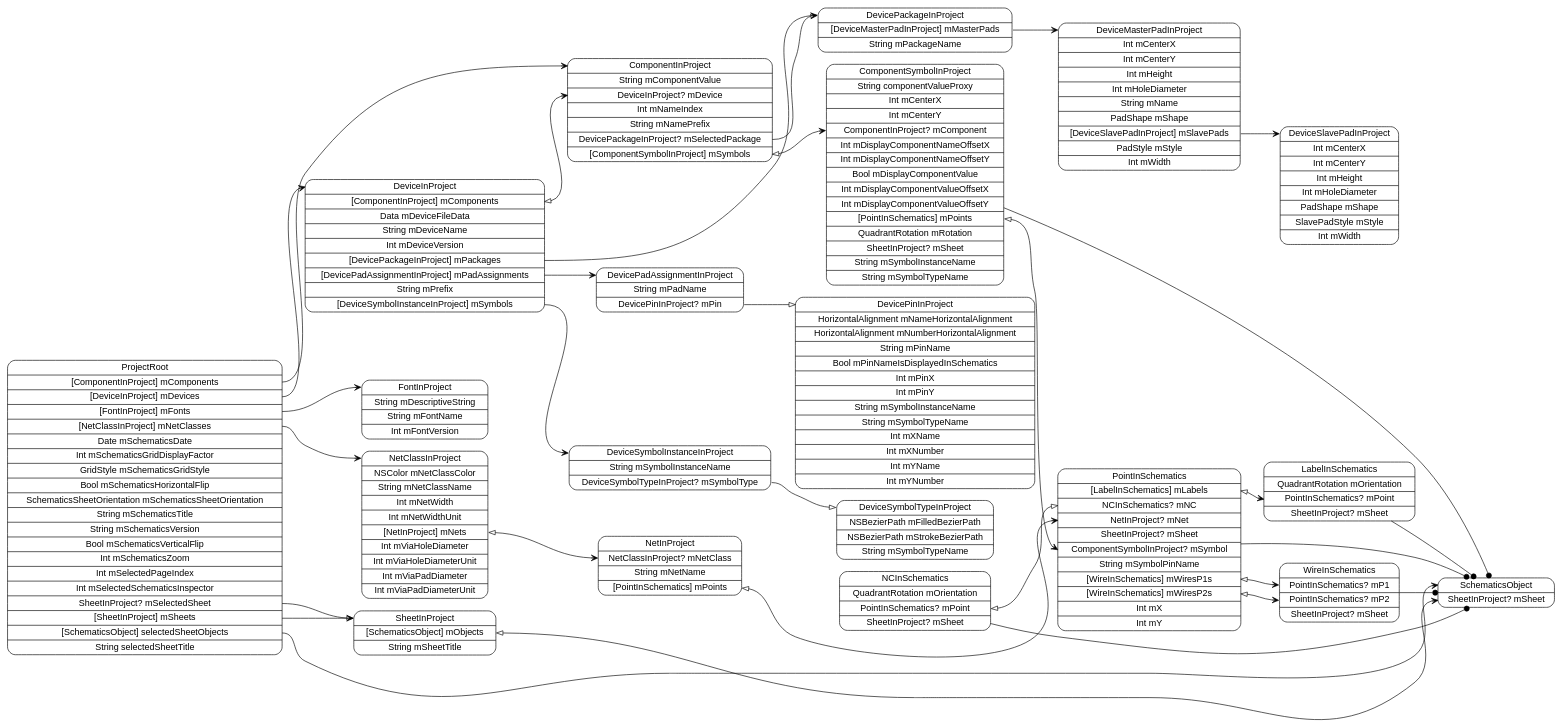
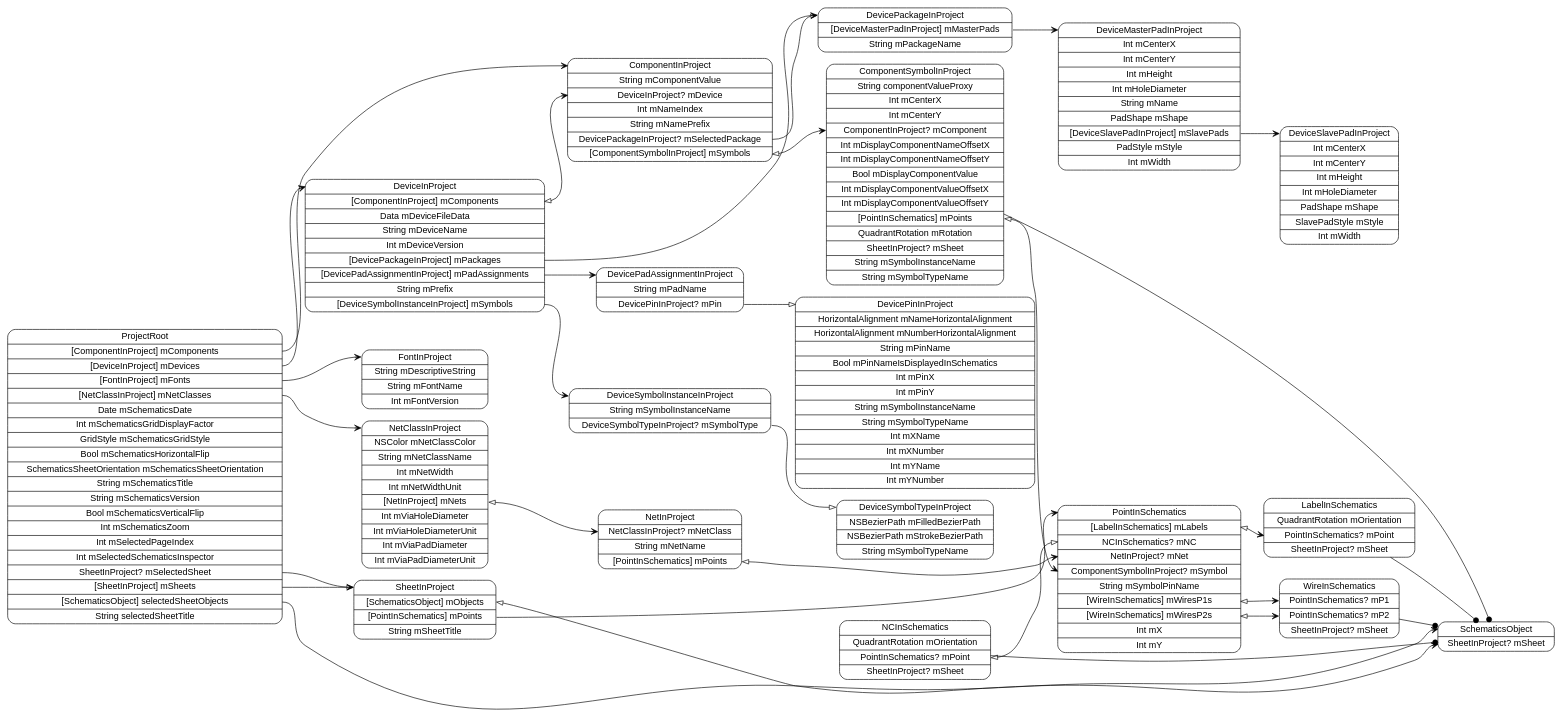
The diagram in models/ProjectRoot.dot (pierremolinaro/ElCanari-dev), drawn with Graphviz before and after one commit. The commit also changed 28 other files, not shown here.

Commit message:
Labels in schematics and nets

```diff
--- a/models/ProjectRoot.dot
+++ b/models/ProjectRoot.dot
@@ -1,54 +1,54 @@
 digraph G {
   rankdir=LR ;
   node [shape=record fontname=helvetica style=rounded] ;
   ProjectRoot[label="<ProjectRoot>ProjectRoot|<mComponents>[ComponentInProject] mComponents|<mDevices>[DeviceInProject] mDevices|<mFonts>[FontInProject] mFonts|<mNetClasses>[NetClassInProject] mNetClasses|Date mSchematicsDate|Int mSchematicsGridDisplayFactor|GridStyle mSchematicsGridStyle|Bool mSchematicsHorizontalFlip|SchematicsSheetOrientation mSchematicsSheetOrientation|String mSchematicsTitle|String mSchematicsVersion|Bool mSchematicsVerticalFlip|Int mSchematicsZoom|Int mSelectedPageIndex|Int mSelectedSchematicsInspector|<mSelectedSheet>SheetInProject? mSelectedSheet|<mSheets>[SheetInProject] mSheets|<selectedSheetObjects>[SchematicsObject] selectedSheetObjects|String selectedSheetTitle"] ;
   SchematicsObject[label="<SchematicsObject>SchematicsObject|<mSheet>SheetInProject? mSheet"] ;
-  SheetInProject[label="<SheetInProject>SheetInProject|<mObjects>[SchematicsObject] mObjects|String mSheetTitle"] ;
-  NetClassInProject[label="<NetClassInProject>NetClassInProject|NSColor mNetClassColor|String mNetClassName|Int mNetWidth|Int mNetWidthUnit|<mNets>[NetInProject] mNets|Int mViaHoleDiameter|Int mViaHoleDiameterUnit|Int mViaPadDiameter|Int mViaPadDiameterUnit"] ;
-  NetInProject[label="<NetInProject>NetInProject|<mNetClass>NetClassInProject? mNetClass|String mNetName|<mPoints>[PointInSchematics] mPoints"] ;
-  PointInSchematics[label="<PointInSchematics>PointInSchematics|<mLabels>[LabelInSchematics] mLabels|<mNC>NCInSchematics? mNC|<mNet>NetInProject? mNet|<mSheet>SheetInProject? mSheet|<mSymbol>ComponentSymbolInProject? mSymbol|String mSymbolPinName|<mWiresP1s>[WireInSchematics] mWiresP1s|<mWiresP2s>[WireInSchematics] mWiresP2s|Int mX|Int mY"] ;
+  SheetInProject[label="<SheetInProject>SheetInProject|<mObjects>[SchematicsObject] mObjects|<mPoints>[PointInSchematics] mPoints|String mSheetTitle"] ;
+  PointInSchematics[label="<PointInSchematics>PointInSchematics|<mLabels>[LabelInSchematics] mLabels|<mNC>NCInSchematics? mNC|<mNet>NetInProject? mNet|<mSymbol>ComponentSymbolInProject? mSymbol|String mSymbolPinName|<mWiresP1s>[WireInSchematics] mWiresP1s|<mWiresP2s>[WireInSchematics] mWiresP2s|Int mX|Int mY"] ;
   WireInSchematics[label="<WireInSchematics>WireInSchematics|<mP1>PointInSchematics? mP1|<mP2>PointInSchematics? mP2|<mSheet>SheetInProject? mSheet"] ;
   NCInSchematics[label="<NCInSchematics>NCInSchematics|QuadrantRotation mOrientation|<mPoint>PointInSchematics? mPoint|<mSheet>SheetInProject? mSheet"] ;
   LabelInSchematics[label="<LabelInSchematics>LabelInSchematics|QuadrantRotation mOrientation|<mPoint>PointInSchematics? mPoint|<mSheet>SheetInProject? mSheet"] ;
+  NetClassInProject[label="<NetClassInProject>NetClassInProject|NSColor mNetClassColor|String mNetClassName|Int mNetWidth|Int mNetWidthUnit|<mNets>[NetInProject] mNets|Int mViaHoleDiameter|Int mViaHoleDiameterUnit|Int mViaPadDiameter|Int mViaPadDiameterUnit"] ;
+  NetInProject[label="<NetInProject>NetInProject|<mNetClass>NetClassInProject? mNetClass|String mNetName|<mPoints>[PointInSchematics] mPoints"] ;
   FontInProject[label="<FontInProject>FontInProject|String mDescriptiveString|String mFontName|Int mFontVersion"] ;
   DeviceInProject[label="<DeviceInProject>DeviceInProject|<mComponents>[ComponentInProject] mComponents|Data mDeviceFileData|String mDeviceName|Int mDeviceVersion|<mPackages>[DevicePackageInProject] mPackages|<mPadAssignments>[DevicePadAssignmentInProject] mPadAssignments|String mPrefix|<mSymbols>[DeviceSymbolInstanceInProject] mSymbols"] ;
   DeviceSymbolInstanceInProject[label="<DeviceSymbolInstanceInProject>DeviceSymbolInstanceInProject|String mSymbolInstanceName|<mSymbolType>DeviceSymbolTypeInProject? mSymbolType"] ;
   DeviceSymbolTypeInProject[label="<DeviceSymbolTypeInProject>DeviceSymbolTypeInProject|NSBezierPath mFilledBezierPath|NSBezierPath mStrokeBezierPath|String mSymbolTypeName"] ;
   DevicePadAssignmentInProject[label="<DevicePadAssignmentInProject>DevicePadAssignmentInProject|String mPadName|<mPin>DevicePinInProject? mPin"] ;
   DevicePinInProject[label="<DevicePinInProject>DevicePinInProject|HorizontalAlignment mNameHorizontalAlignment|HorizontalAlignment mNumberHorizontalAlignment|String mPinName|Bool mPinNameIsDisplayedInSchematics|Int mPinX|Int mPinY|String mSymbolInstanceName|String mSymbolTypeName|Int mXName|Int mXNumber|Int mYName|Int mYNumber"] ;
   DevicePackageInProject[label="<DevicePackageInProject>DevicePackageInProject|<mMasterPads>[DeviceMasterPadInProject] mMasterPads|String mPackageName"] ;
   DeviceMasterPadInProject[label="<DeviceMasterPadInProject>DeviceMasterPadInProject|Int mCenterX|Int mCenterY|Int mHeight|Int mHoleDiameter|String mName|PadShape mShape|<mSlavePads>[DeviceSlavePadInProject] mSlavePads|PadStyle mStyle|Int mWidth"] ;
   DeviceSlavePadInProject[label="<DeviceSlavePadInProject>DeviceSlavePadInProject|Int mCenterX|Int mCenterY|Int mHeight|Int mHoleDiameter|PadShape mShape|SlavePadStyle mStyle|Int mWidth"] ;
   ComponentInProject[label="<ComponentInProject>ComponentInProject|String mComponentValue|<mDevice>DeviceInProject? mDevice|Int mNameIndex|String mNamePrefix|<mSelectedPackage>DevicePackageInProject? mSelectedPackage|<mSymbols>[ComponentSymbolInProject] mSymbols"] ;
   ComponentSymbolInProject[label="<ComponentSymbolInProject>ComponentSymbolInProject|String componentValueProxy|Int mCenterX|Int mCenterY|<mComponent>ComponentInProject? mComponent|Int mDisplayComponentNameOffsetX|Int mDisplayComponentNameOffsetY|Bool mDisplayComponentValue|Int mDisplayComponentValueOffsetX|Int mDisplayComponentValueOffsetY|<mPoints>[PointInSchematics] mPoints|QuadrantRotation mRotation|<mSheet>SheetInProject? mSheet|String mSymbolInstanceName|String mSymbolTypeName"] ;
   ProjectRoot:mComponents -> ComponentInProject:ComponentInProject [dir=both arrowtail=none arrowhead=vee] ;
   ProjectRoot:mDevices -> DeviceInProject:DeviceInProject [dir=both arrowtail=none arrowhead=vee] ;
   ProjectRoot:mFonts -> FontInProject:FontInProject [dir=both arrowtail=none arrowhead=vee] ;
   ProjectRoot:mNetClasses -> NetClassInProject:NetClassInProject [dir=both arrowtail=none arrowhead=vee] ;
   ProjectRoot:mSelectedSheet -> SheetInProject:SheetInProject [dir=both arrowtail=none arrowhead=onormal] ;
   ProjectRoot:mSheets -> SheetInProject:SheetInProject [dir=both arrowtail=none arrowhead=vee] ;
   ProjectRoot:selectedSheetObjects -> SchematicsObject:SchematicsObject [dir=both arrowtail=none arrowhead=vee] ;
   SheetInProject:mObjects -> SchematicsObject:mSheet [dir=both arrowtail=onormal arrowhead=vee] ;
-  NetClassInProject:mNets -> NetInProject:mNetClass [dir=both arrowtail=onormal arrowhead=vee] ;
-  NetInProject:mPoints -> PointInSchematics:mNet [dir=both arrowtail=onormal arrowhead=vee] ;
-  PointInSchematics -> SchematicsObject [arrowhead=dot] ;
+  SheetInProject:mPoints -> PointInSchematics:PointInSchematics [dir=both arrowtail=none arrowhead=vee] ;
   PointInSchematics:mLabels -> LabelInSchematics:mPoint [dir=both arrowtail=onormal arrowhead=vee] ;
   PointInSchematics:mWiresP1s -> WireInSchematics:mP1 [dir=both arrowtail=onormal arrowhead=vee] ;
   PointInSchematics:mWiresP2s -> WireInSchematics:mP2 [dir=both arrowtail=onormal arrowhead=vee] ;
   WireInSchematics -> SchematicsObject [arrowhead=dot] ;
   NCInSchematics -> SchematicsObject [arrowhead=dot] ;
   NCInSchematics:mPoint -> PointInSchematics:mNC [dir=both arrowtail=onormal arrowhead=onormal] ;
   LabelInSchematics -> SchematicsObject [arrowhead=dot] ;
+  NetClassInProject:mNets -> NetInProject:mNetClass [dir=both arrowtail=onormal arrowhead=vee] ;
+  NetInProject:mPoints -> PointInSchematics:mNet [dir=both arrowtail=onormal arrowhead=vee] ;
   DeviceInProject:mComponents -> ComponentInProject:mDevice [dir=both arrowtail=onormal arrowhead=vee] ;
   DeviceInProject:mPackages -> DevicePackageInProject:DevicePackageInProject [dir=both arrowtail=none arrowhead=vee] ;
   DeviceInProject:mPadAssignments -> DevicePadAssignmentInProject:DevicePadAssignmentInProject [dir=both arrowtail=none arrowhead=vee] ;
   DeviceInProject:mSymbols -> DeviceSymbolInstanceInProject:DeviceSymbolInstanceInProject [dir=both arrowtail=none arrowhead=vee] ;
   DeviceSymbolInstanceInProject:mSymbolType -> DeviceSymbolTypeInProject:DeviceSymbolTypeInProject [dir=both arrowtail=none arrowhead=onormal] ;
   DevicePadAssignmentInProject:mPin -> DevicePinInProject:DevicePinInProject [dir=both arrowtail=none arrowhead=onormal] ;
   DevicePackageInProject:mMasterPads -> DeviceMasterPadInProject:DeviceMasterPadInProject [dir=both arrowtail=none arrowhead=vee] ;
   DeviceMasterPadInProject:mSlavePads -> DeviceSlavePadInProject:DeviceSlavePadInProject [dir=both arrowtail=none arrowhead=vee] ;
   ComponentInProject:mSelectedPackage -> DevicePackageInProject:DevicePackageInProject [dir=both arrowtail=none arrowhead=onormal] ;
   ComponentInProject:mSymbols -> ComponentSymbolInProject:mComponent [dir=both arrowtail=onormal arrowhead=vee] ;
   ComponentSymbolInProject -> SchematicsObject [arrowhead=dot] ;
   ComponentSymbolInProject:mPoints -> PointInSchematics:mSymbol [dir=both arrowtail=onormal arrowhead=vee] ;
 }
```
